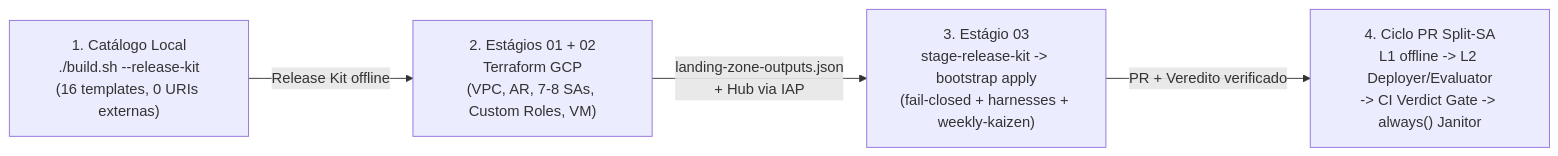
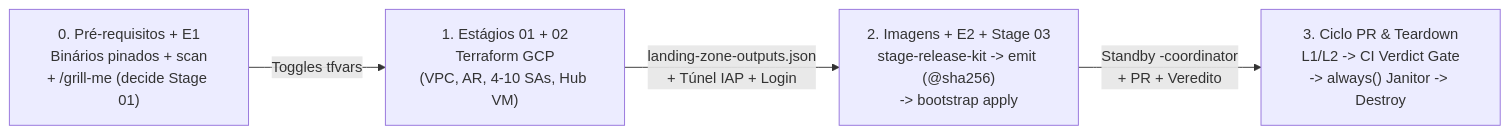
The first of 2 diagrams in docs/HANDS_ON_WALKTHROUGH.md (carlosmscabral/gcp-fde-factories), drawn with Mermaid before and after one commit. The commit also changed other lines of this file and 15 other files, not shown here.

Commit message:
docs: refresh visual architecture guides, diagrams, and multi-pack walkthrough

````diff
--- a/docs/HANDS_ON_WALKTHROUGH.md
+++ b/docs/HANDS_ON_WALKTHROUGH.md
@@ -9,6 +10,6 @@
 ```mermaid
 flowchart LR
-    A["1. Catálogo Local<br/>./build.sh --release-kit<br/>(16 templates, 0 URIs externas)"] -->|"Release Kit offline"| B["2. Estágios 01 + 02<br/>Terraform GCP<br/>(VPC, AR, 7-8 SAs, Custom Roles, VM)"]
-    B -->|"landing-zone-outputs.json<br/>+ Hub via IAP"| C["3. Estágio 03<br/>stage-release-kit -> bootstrap apply<br/>(fail-closed + harnesses + weekly-kaizen)"]
-    C -->|"PR + Veredito verificado"| D["4. Ciclo PR Split-SA<br/>L1 offline -> L2 Deployer/Evaluator<br/>-> CI Verdict Gate -> always() Janitor"]
+    P0["0. Pré-requisitos + E1<br/>Binários pinados + scan<br/>+ /grill-me (decide Stage 01)"] -->|"Toggles tfvars"| B["1. Estágios 01 + 02<br/>Terraform GCP<br/>(VPC, AR, 4-10 SAs, Hub VM)"]
+    B -->|"landing-zone-outputs.json<br/>+ Túnel IAP + Login"| C["2. Imagens + E2 + Stage 03<br/>stage-release-kit -> emit (@sha256)<br/>-> bootstrap apply"]
+    C -->|"Standby <pfx>-coordinator<br/>+ PR + Veredito"| D["3. Ciclo PR & Teardown<br/>L1/L2 -> CI Verdict Gate<br/>-> always() Janitor -> Destroy"]
 ```
````
